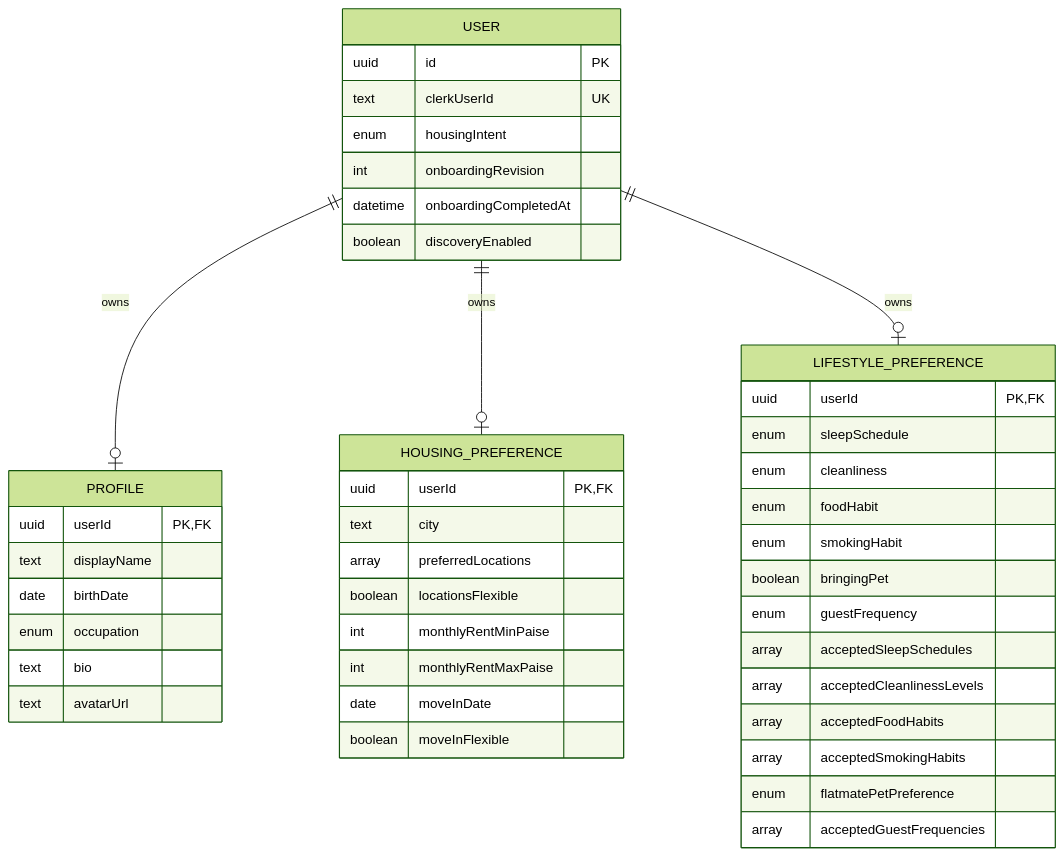
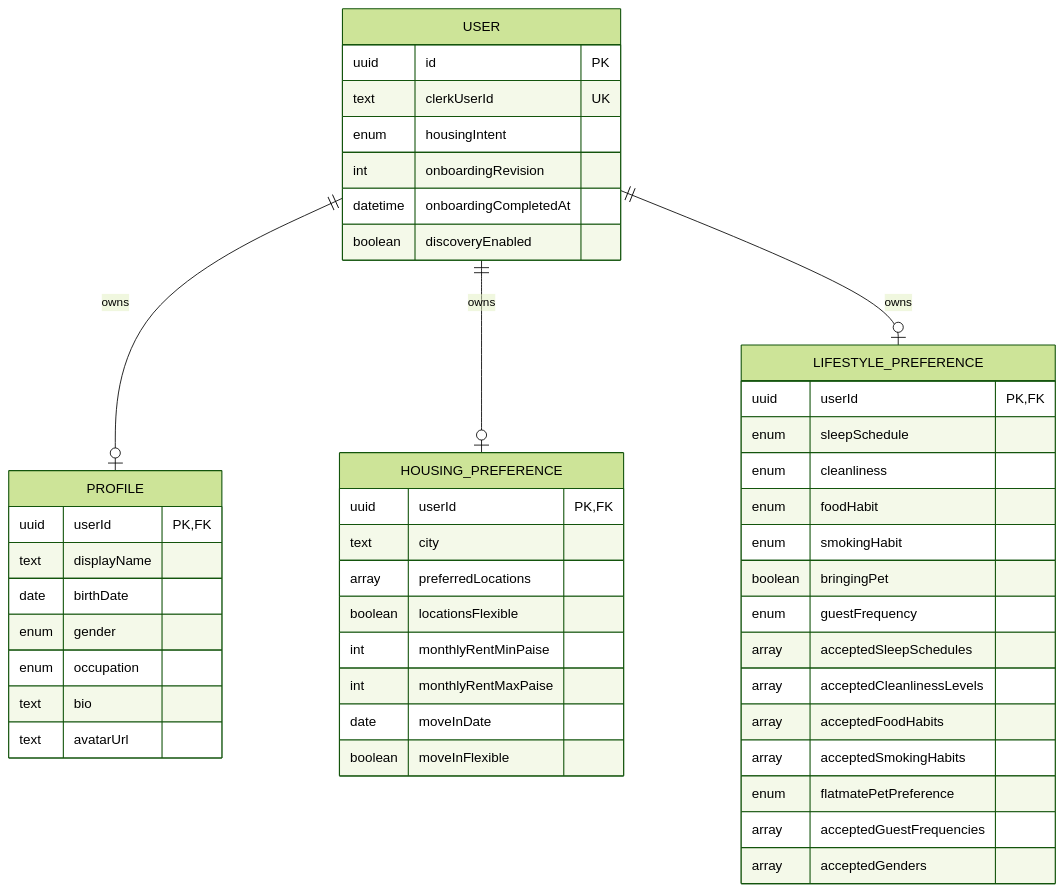
One commit to ParampreetSingh23/flatter changed the first of 5 diagrams in docs/onbaordig.md. Above: the diagram before and after it, drawn with Mermaid (forest theme). The commit also changed other lines of this file and 91 other files, not shown here.

````diff
--- a/docs/onbaordig.md
+++ b/docs/onbaordig.md
@@ -252,47 +255,49 @@
 ```mermaid
 erDiagram
     USER ||--o| PROFILE : owns
     USER ||--o| HOUSING_PREFERENCE : owns
     USER ||--o| LIFESTYLE_PREFERENCE : owns
     USER {
         uuid id PK
         text clerkUserId UK
         enum housingIntent
         int onboardingRevision
         datetime onboardingCompletedAt
         boolean discoveryEnabled
     }
     PROFILE {
         uuid userId PK,FK
         text displayName
         date birthDate
+        enum gender
         enum occupation
         text bio
         text avatarUrl
     }
     HOUSING_PREFERENCE {
         uuid userId PK,FK
         text city
         array preferredLocations
         boolean locationsFlexible
         int monthlyRentMinPaise
         int monthlyRentMaxPaise
         date moveInDate
         boolean moveInFlexible
     }
     LIFESTYLE_PREFERENCE {
         uuid userId PK,FK
         enum sleepSchedule
         enum cleanliness
         enum foodHabit
         enum smokingHabit
         boolean bringingPet
         enum guestFrequency
         array acceptedSleepSchedules
         array acceptedCleanlinessLevels
         array acceptedFoodHabits
         array acceptedSmokingHabits
         enum flatmatePetPreference
         array acceptedGuestFrequencies
+        array acceptedGenders
     }
 ```
````
